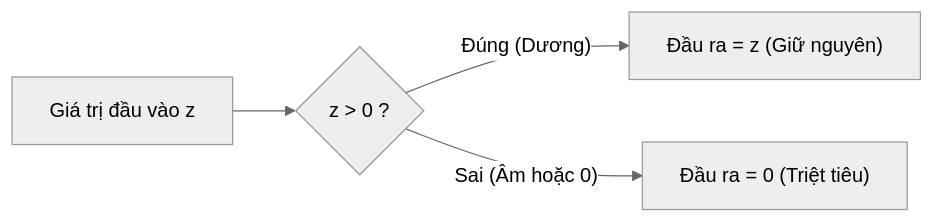
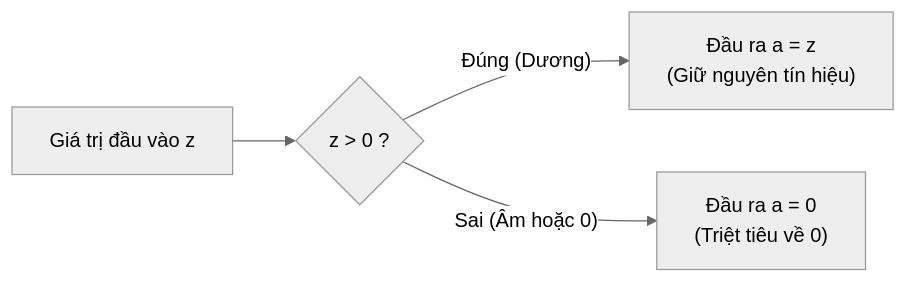
Before and after one commit to snowflake-vibing/Project-Experimental-TiDE: the second of 2 diagrams in explanation/section_4_1_residual_block.md, drawn with Mermaid (neutral theme). The commit also changed other lines of this file, not shown here.

Commit message:
docs(explanation): improve formatting, LaTeX math, mermaid diagrams, and comparisons in section_4_1_residual_block.md

````diff
--- a/explanation/section_4_1_residual_block.md
+++ b/explanation/section_4_1_residual_block.md
@@ -117,6 +139,6 @@
 ```mermaid
 flowchart LR
     Z["Giá trị đầu vào z"] --> Cond{"z > 0 ?"}
-    Cond -- "Đúng (Dương)" --> OutPos["Đầu ra = z (Giữ nguyên)"]
-    Cond -- "Sai (Âm hoặc 0)" --> OutZero["Đầu ra = 0 (Triệt tiêu)"]
+    Cond -- "Đúng (Dương)" --> OutPos["Đầu ra a = z<br/>(Giữ nguyên tín hiệu)"]
+    Cond -- "Sai (Âm hoặc 0)" --> OutZero["Đầu ra a = 0<br/>(Triệt tiêu về 0)"]
 ```
````
